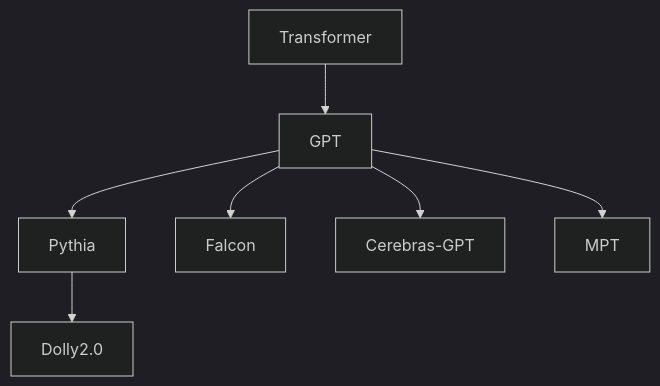
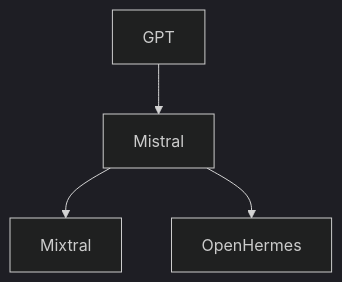
Before and after one commit to ted-sharp/chatvox: diagram 21 of 25 in doc/llm.md, drawn with Mermaid (dark theme). The commit also changed other lines of this file, not shown here.

````diff
--- a/doc/llm.md
+++ b/doc/llm.md
@@ -916,8 +982,6 @@
 ```mermaid
 flowchart
 
-Transformer --> GPT --> Pythia --> Dolly2.0
-GPT --> Falcon
-GPT --> Cerebras-GPT
-GPT --> MPT
+GPT --> Mistral --> Mixtral
+Mistral --> OpenHermes
 ```
````
